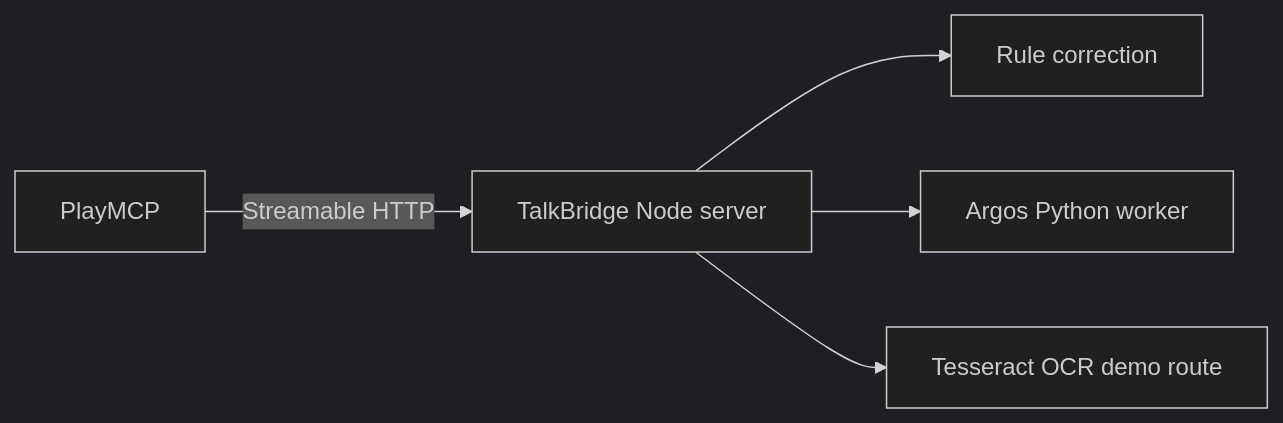
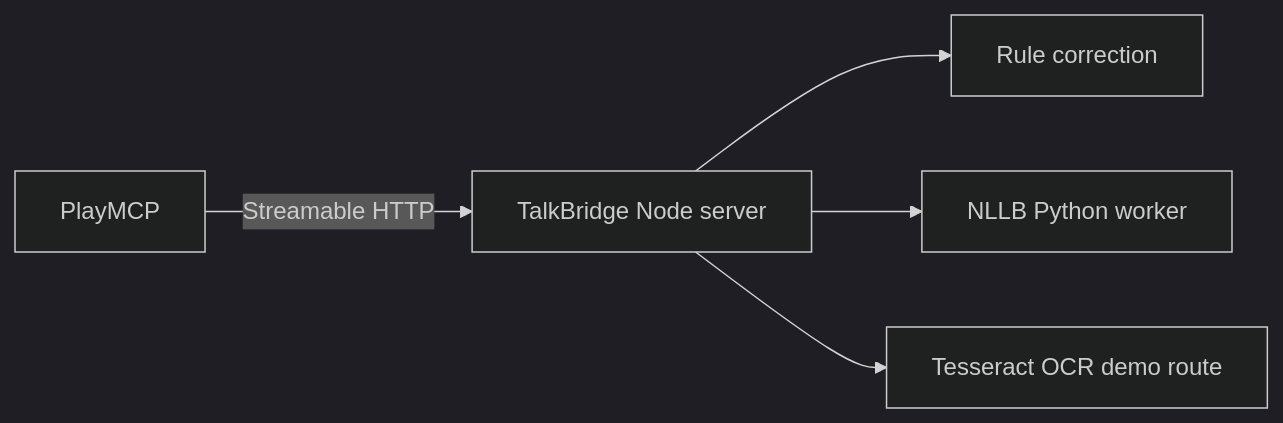
The diagram in docs/deploy.md (Festinz/talkbridge-mcp), drawn with Mermaid (dark theme) before and after one commit. The commit also changed other lines of this file and 32 other files, not shown here.

````diff
--- a/docs/deploy.md
+++ b/docs/deploy.md
@@ -7,7 +7,7 @@
 ```mermaid
 flowchart LR
   A[PlayMCP] -->|Streamable HTTP| B[TalkBridge Node server]
   B --> C[Rule correction]
-  B --> D[Argos Python worker]
+  B --> D[NLLB Python worker]
   B --> E[Tesseract OCR demo route]
 ```
````
